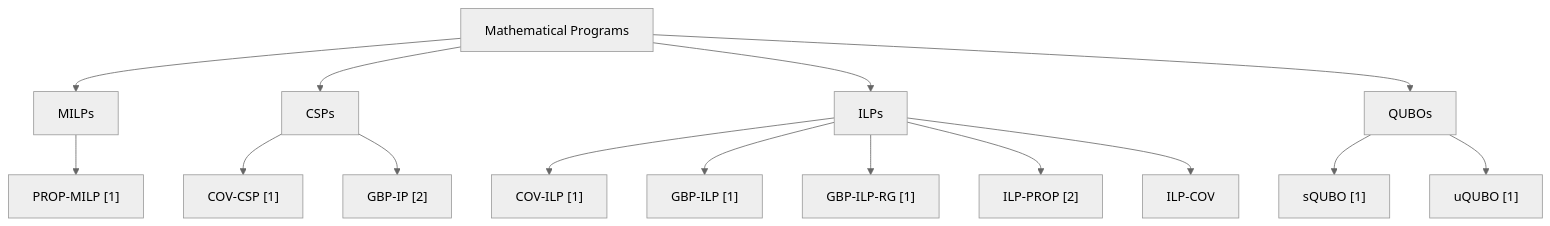
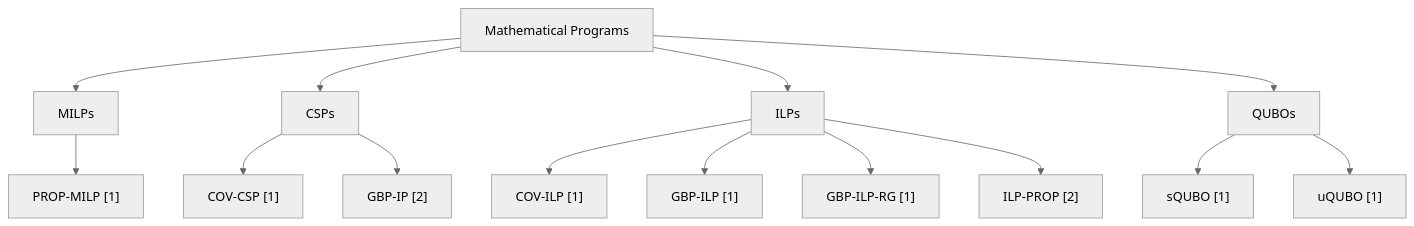
Before and after one commit to NodesOnFire/GBP-MPs: the diagram in README.md, drawn with Mermaid (neutral theme).

````diff
--- a/README.md
+++ b/README.md
@@ -4,17 +4,16 @@
 ```mermaid
 graph TD;
     MPs["Mathematical Programs"] --> MILPs;
     MPs["Mathematical Programs"] --> CSPs;
     MPs["Mathematical Programs"] --> ILPs;
     MPs["Mathematical Programs"] --> QUBOs;
     MILPs --> PROP-MILP["PROP-MILP [1]"];
     CSPs --> COV-CSP["COV-CSP [1]"];
     CSPs --> GBP-IP["GBP-IP [2]"];
     ILPs --> COV-ILP["COV-ILP [1]"];
     ILPs --> GBP-ILP["GBP-ILP [1]"];
     ILPs --> GBP-ILP-RG["GBP-ILP-RG [1]"];
     ILPs --> ILP-PROP["ILP-PROP [2]"];
-    ILPs --> ILP-COV;
     QUBOs --> sQUBO["sQUBO [1]"];
     QUBOs --> uQUBO["uQUBO [1]"];
 ```
````
